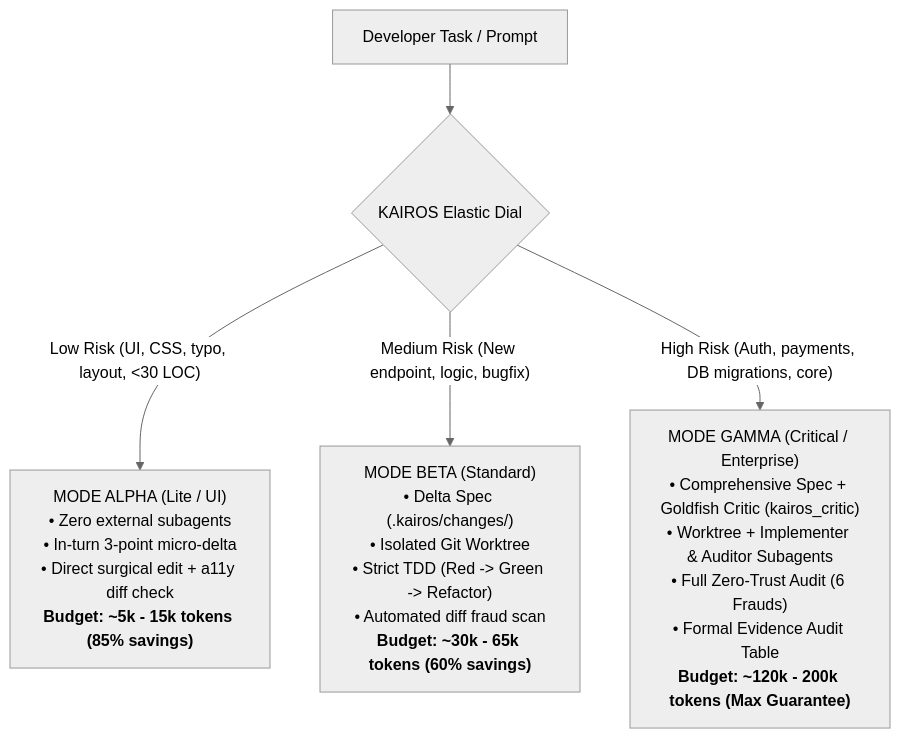
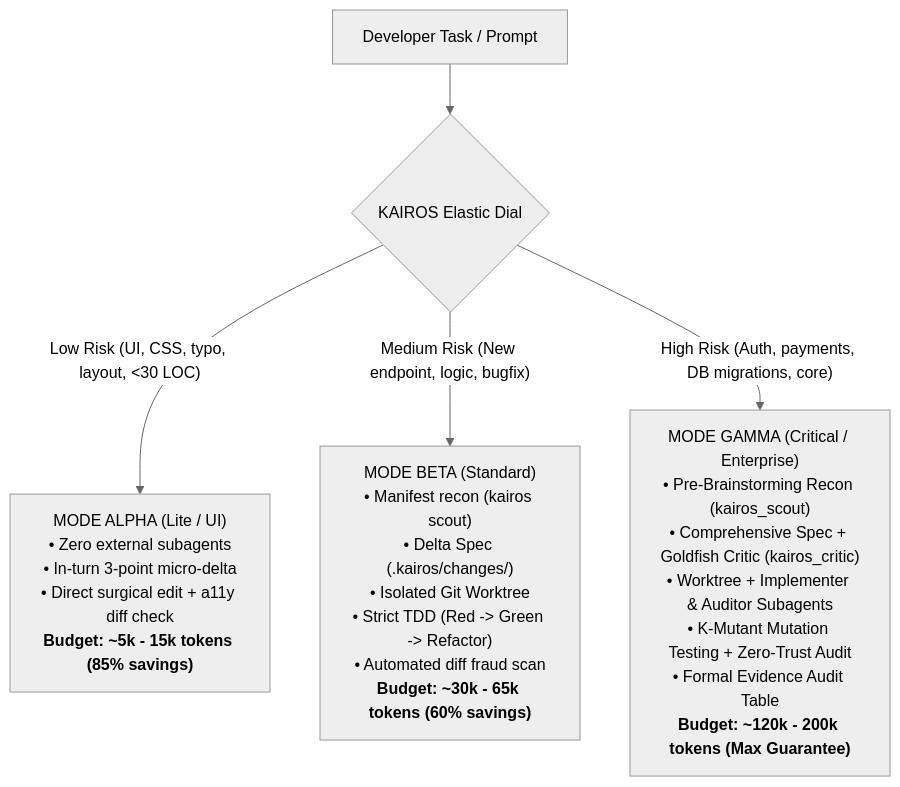
Before and after one commit to ismaelsoilet/kairos-framework: the diagram in README.md, drawn with Mermaid (neutral theme). The commit also changed other lines of this file and 4 other files, not shown here.

Commit message:
docs(modernization): update master READMEs, architecture blueprints, and CLI reference with full 9-stage SDLC and tech scout engine

````diff
--- a/README.md
+++ b/README.md
@@ -70,10 +76,10 @@
 ```mermaid
 flowchart TD
     IN["Developer Task / Prompt"] --> DIAL{"KAIROS Elastic Dial"}
 
     DIAL -- "Low Risk (UI, CSS, typo, layout, <30 LOC)" --> A["MODE ALPHA (Lite / UI)<br/>• Zero external subagents<br/>• In-turn 3-point micro-delta<br/>• Direct surgical edit + a11y diff check<br/><b>Budget: ~5k - 15k tokens (85% savings)</b>"]
     
-    DIAL -- "Medium Risk (New endpoint, logic, bugfix)" --> B["MODE BETA (Standard)<br/>• Delta Spec (.kairos/changes/)<br/>• Isolated Git Worktree<br/>• Strict TDD (Red -> Green -> Refactor)<br/>• Automated diff fraud scan<br/><b>Budget: ~30k - 65k tokens (60% savings)</b>"]
+    DIAL -- "Medium Risk (New endpoint, logic, bugfix)" --> B["MODE BETA (Standard)<br/>• Manifest recon (kairos scout)<br/>• Delta Spec (.kairos/changes/)<br/>• Isolated Git Worktree<br/>• Strict TDD (Red -> Green -> Refactor)<br/>• Automated diff fraud scan<br/><b>Budget: ~30k - 65k tokens (60% savings)</b>"]
     
-    DIAL -- "High Risk (Auth, payments, DB migrations, core)" --> C["MODE GAMMA (Critical / Enterprise)<br/>• Comprehensive Spec + Goldfish Critic (kairos_critic)<br/>• Worktree + Implementer & Auditor Subagents<br/>• Full Zero-Trust Audit (6 Frauds)<br/>• Formal Evidence Audit Table<br/><b>Budget: ~120k - 200k tokens (Max Guarantee)</b>"]
+    DIAL -- "High Risk (Auth, payments, DB migrations, core)" --> C["MODE GAMMA (Critical / Enterprise)<br/>• Pre-Brainstorming Recon (kairos_scout)<br/>• Comprehensive Spec + Goldfish Critic (kairos_critic)<br/>• Worktree + Implementer & Auditor Subagents<br/>• K-Mutant Mutation Testing + Zero-Trust Audit<br/>• Formal Evidence Audit Table<br/><b>Budget: ~120k - 200k tokens (Max Guarantee)</b>"]
 ```
````
